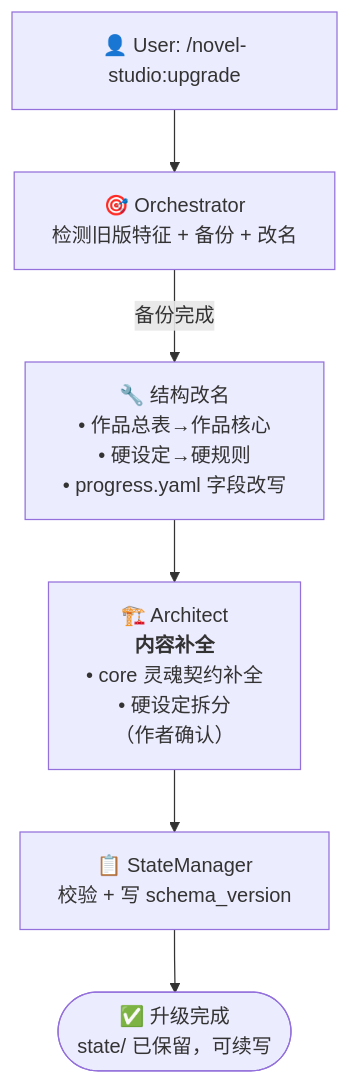
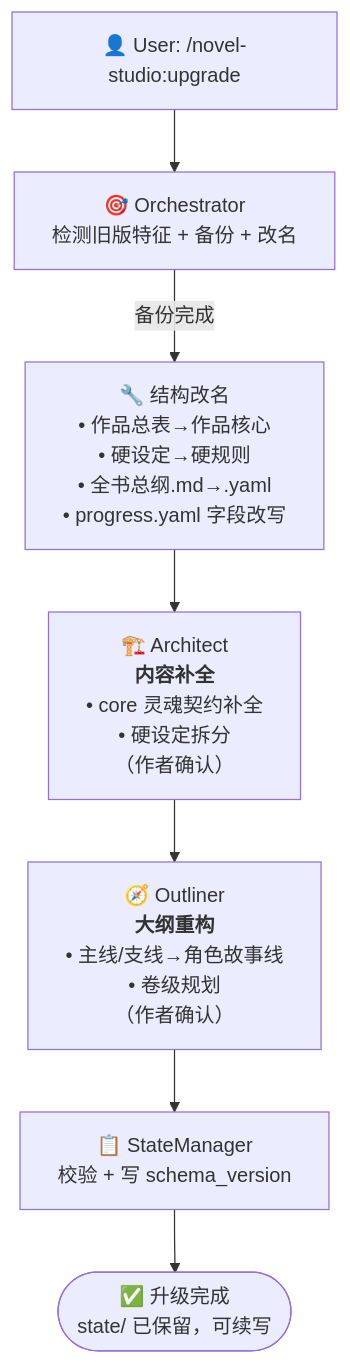
The seventh of 7 diagrams in workflows/pipeline.md (deathwhispers/novel-studio), drawn with Mermaid before and after one commit. The commit also changed other lines of this file and 6 other files, not shown here.

````diff
--- a/workflows/pipeline.md
+++ b/workflows/pipeline.md
@@ -178,12 +178,13 @@
 ```mermaid
 flowchart TD
     User["👤 User: /novel-studio:upgrade"]
     Orchestrator["🎯 Orchestrator<br/>检测旧版特征 + 备份 + 改名"]
 
     User --> Orchestrator
 
-    Orchestrator -->|"备份完成"| Rename["🔧 结构改名<br/>• 作品总表→作品核心<br/>• 硬设定→硬规则<br/>• progress.yaml 字段改写"]
+    Orchestrator -->|"备份完成"| Rename["🔧 结构改名<br/>• 作品总表→作品核心<br/>• 硬设定→硬规则<br/>• 全书总纲.md→.yaml<br/>• progress.yaml 字段改写"]
     Rename --> Architect["🏗️ Architect<br/><b>内容补全</b><br/>• core 灵魂契约补全<br/>• 硬设定拆分<br/>（作者确认）"]
-    Architect --> StateManager["📋 StateManager<br/>校验 + 写 schema_version"]
+    Architect --> Outliner["🧭 Outliner<br/><b>大纲重构</b><br/>• 主线/支线→角色故事线<br/>• 卷级规划<br/>（作者确认）"]
+    Outliner --> StateManager["📋 StateManager<br/>校验 + 写 schema_version"]
     StateManager --> Done(["✅ 升级完成<br/>state/ 已保留，可续写"])
 ```
````
